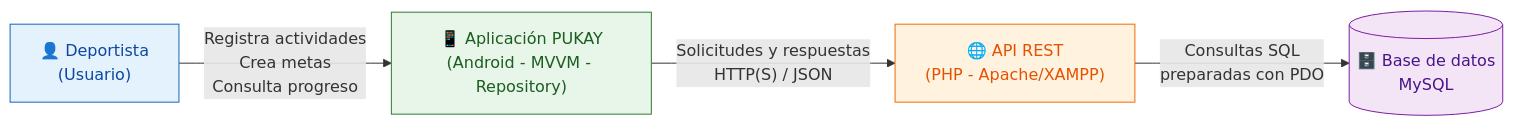
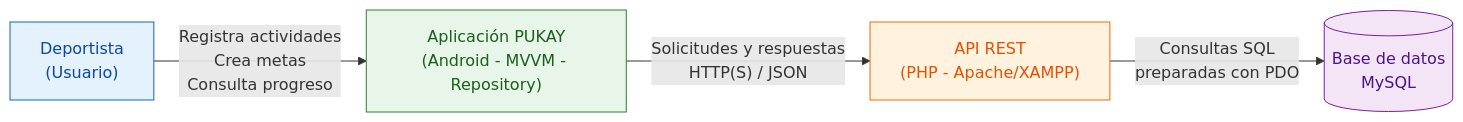
Before and after one commit to kellymoraj8-ops/dossier-pukay: the diagram in README.md, drawn with Mermaid. The commit also changed other lines of this file, not shown here.

````diff
--- a/README.md
+++ b/README.md
@@ -68,21 +68,21 @@
 ```mermaid
 flowchart LR
-    D["👤 Deportista<br/>(Usuario)"]
-    A["📱 Aplicación PUKAY<br/>(Android - MVVM - Repository)"]
-    API["🌐 API REST<br/>(PHP - Apache/XAMPP)"]
-    DB[("🗄️ Base de datos<br/>MySQL")]
+    D[" Deportista<br/>(Usuario)"]
+    A[" Aplicación PUKAY<br/>(Android - MVVM - Repository)"]
+    API[" API REST<br/>(PHP - Apache/XAMPP)"]
+    DB[(" Base de datos<br/>MySQL")]
 
     D -->|"Registra actividades<br/>Crea metas<br/>Consulta progreso"| A
     A -->|"Solicitudes y respuestas<br/>HTTP(S) / JSON"| API
     API -->|"Consultas SQL<br/>preparadas con PDO"| DB
 
     classDef persona fill:#E3F2FD,stroke:#1565C0,color:#0D47A1
     classDef movil fill:#E8F5E9,stroke:#2E7D32,color:#1B5E20
     classDef servidor fill:#FFF3E0,stroke:#EF6C00,color:#E65100
     classDef datos fill:#F3E5F5,stroke:#7B1FA2,color:#4A148C
 
     class D persona
     class A movil
     class API servidor
     class DB datos
 ```
````
